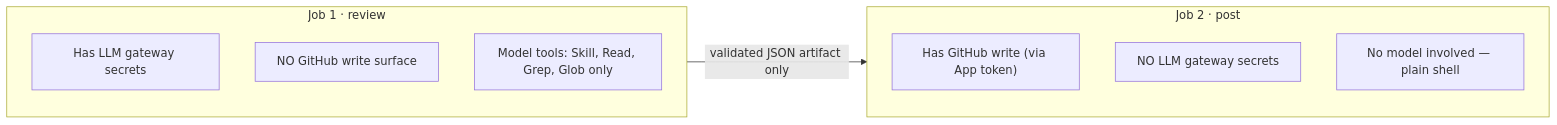
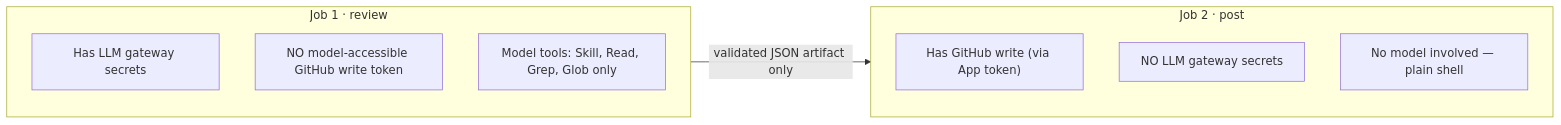
One commit to ROCm/rocMLIR changed the first of 5 diagrams in .github/workflows/CLAUDE_AUTO_REVIEW.md. Above: the diagram before and after it, drawn with Mermaid. The commit also changed other lines of this file, not shown here.

````diff
--- a/.github/workflows/CLAUDE_AUTO_REVIEW.md
+++ b/.github/workflows/CLAUDE_AUTO_REVIEW.md
@@ -96,16 +96,16 @@
 ```mermaid
 flowchart LR
     subgraph J1["Job 1 · review"]
         direction TB
         S1["Has LLM gateway secrets"]
-        S2["NO GitHub write surface"]
+        S2["NO model-accessible GitHub write token"]
         S3["Model tools: Skill, Read, Grep, Glob only"]
     end
     subgraph J2["Job 2 · post"]
         direction TB
         P1["Has GitHub write (via App token)"]
         P2["NO LLM gateway secrets"]
         P3["No model involved — plain shell"]
     end
     J1 -->|"validated JSON artifact only"| J2
 ```
````
